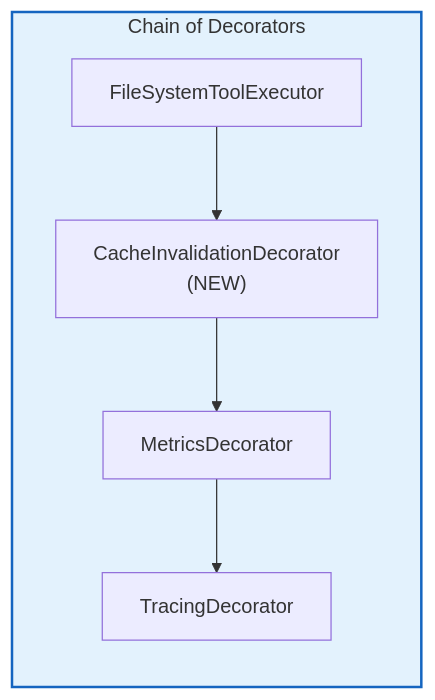
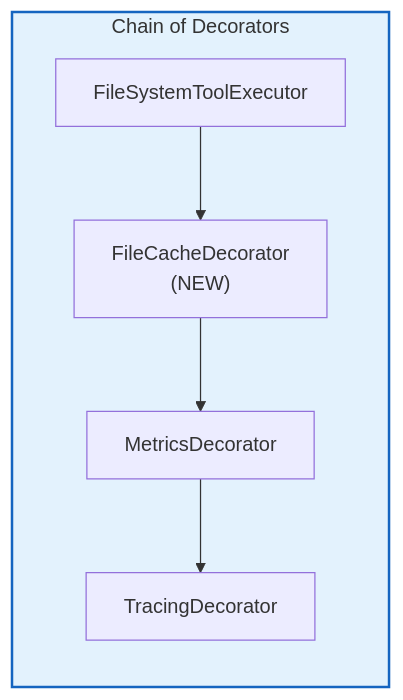
The eighth of 32 diagrams in doc/internals/architecture/fcm/ARCHITECTURE.md (pese-git/codelab-agent), drawn with Mermaid before and after one commit. The commit also changed other lines of this file and 6 other files, not shown here.

````diff
--- a/doc/internals/architecture/fcm/ARCHITECTURE.md
+++ b/doc/internals/architecture/fcm/ARCHITECTURE.md
@@ -468,15 +480,15 @@
 ```mermaid
 graph LR
     subgraph Chain["Chain of Decorators"]
         Base["FileSystemToolExecutor"]
-        CID["CacheInvalidationDecorator<br/>(NEW)"]
+        FC["FileCacheDecorator<br/>(NEW)"]
         Metrics["MetricsDecorator"]
         Tracing["TracingDecorator"]
-        
-        Base --> CID
-        CID --> Metrics
+
+        Base --> FC
+        FC --> Metrics
         Metrics --> Tracing
     end
-    
+
     style Chain fill:#e3f2fd,stroke:#1565c0,stroke-width:2px
 ```
````
